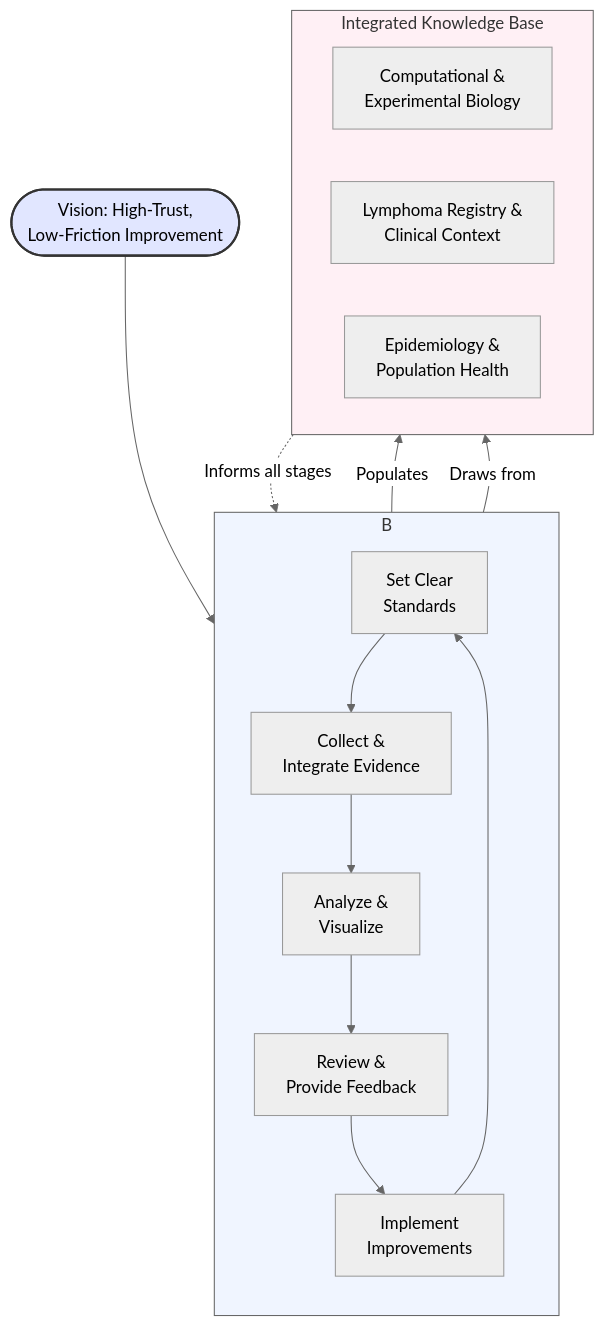
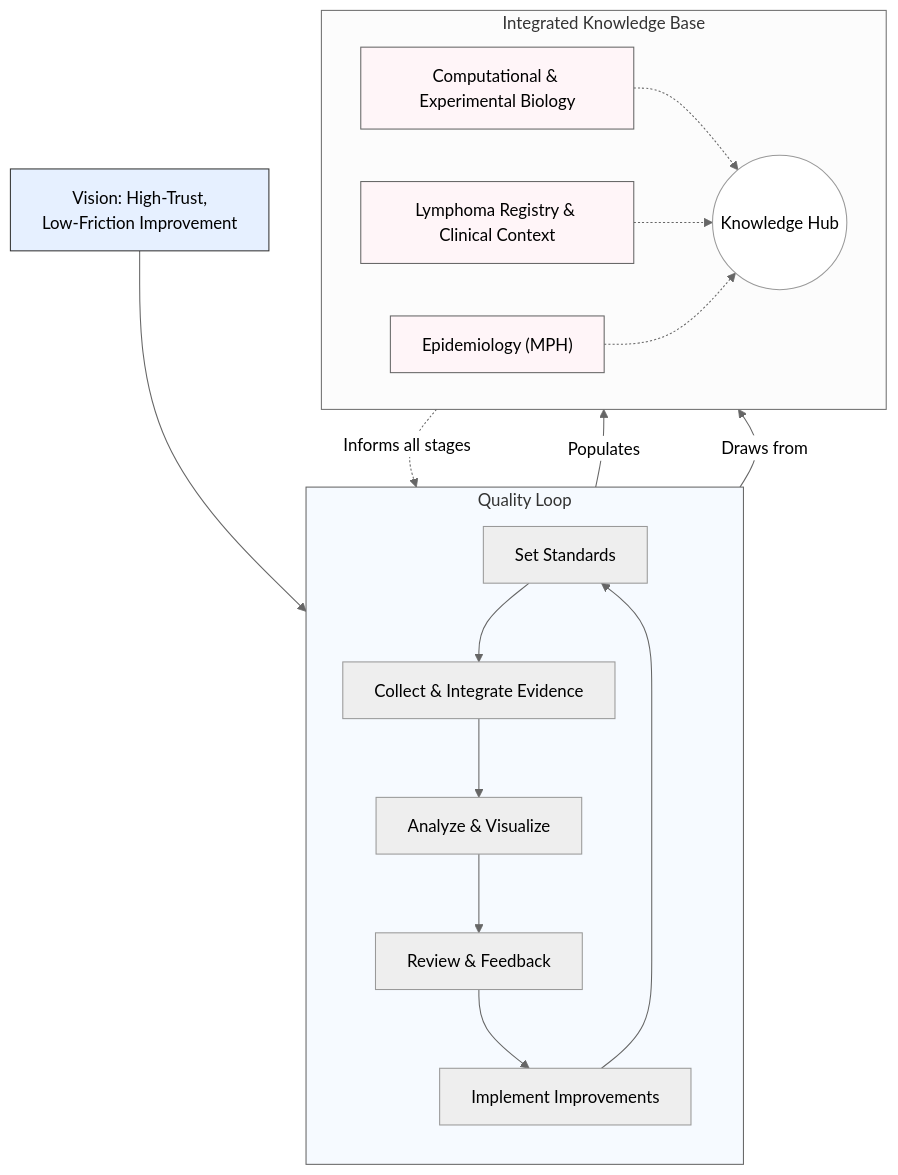
One commit to arshah18/arshah18.github.io changed the diagram in index.md. Above: the diagram before and after it, drawn with Mermaid (neutral theme).

Commit message:
Home: render Mermaid flowchart via <div class='mermaid'>; ensure Mermaid loads

```diff
--- a/index.md
+++ b/index.md
@@ -75,30 +75,30 @@
 <div class="mermaid">
-    flowchart TD
-      A(["Vision: High-Trust,<br>Low-Friction Improvement"]) --> B("Continuous<br>Improvement Cycle")
-      
-      subgraph B
-        direction TB
-        S["Set Clear<br>Standards"]
-        C["Collect &<br>Integrate Evidence"]
-        V["Analyze &<br>Visualize"]
-        R["Review &<br>Provide Feedback"]
-        I["Implement<br>Improvements"]
-        
-        S --> C --> V --> R --> I --> S
-      end
+flowchart TD
+  A["Vision: High-Trust,<br/>Low-Friction Improvement"] --> B["Continuous<br/>Improvement Cycle"]
 
-      subgraph K["Integrated Knowledge Base"]
-        direction LR
-        K1["Computational &<br>Experimental Biology"]
-        K2["Lymphoma Registry &<br>Clinical Context"]
-        K3["Epidemiology &<br>Population Health"]
-      end
+  subgraph B["Quality Loop"]
+    direction TB
+    S["Set Standards"] --> C["Collect &amp; Integrate Evidence"] --> V["Analyze &amp; Visualize"]
+      --> R["Review &amp; Feedback"] --> I["Implement Improvements"] --> S
+  end
 
-      K -.-> |Informs all stages| B
-      C --> |Populates| K
-      V --> |Draws from| K
+  subgraph K["Integrated Knowledge Base"]
+    direction LR
+    K0(("Knowledge Hub"))
+    K1["Computational &amp; Experimental Biology"]:::k
+    K2["Lymphoma Registry &amp; Clinical Context"]:::k
+    K3["Epidemiology (MPH)"]:::k
+    K1 -.-> K0
+    K2 -.-> K0
+    K3 -.-> K0
+  end
 
-      style A fill:#e1e6ff,stroke:#333,stroke-width:2px
-      style B fill:#f0f5ff,stroke:#666,stroke-width:1px
-      style K fill:#fff0f5,stroke:#666,stroke-width:1px
+  C -->|Populates| K0
+  V -->|Draws from| K0
+  K0 -.->|Informs all stages| B
+
+  classDef k fill:#fff5f8,stroke:#666,stroke-width:1px;
+  style A fill:#e6f0ff,stroke:#333,stroke-width:1px;
+  style B fill:#f6faff,stroke:#666,stroke-width:1px;
+  style K0 fill:#ffffff,stroke:#999,stroke-width:1px;
 </div>
```
